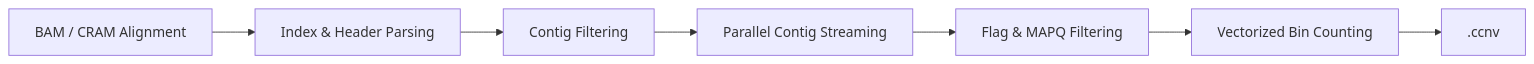
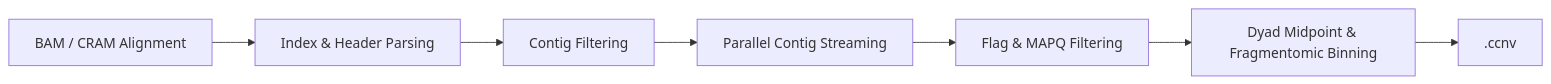
The first of 3 diagrams in docs/cli.md (matthdsm/ccnv), drawn with Mermaid before and after one commit. The commit also changed other lines of this file and 67 other files, not shown here.

````diff
--- a/docs/cli.md
+++ b/docs/cli.md
@@ -32,9 +32,9 @@
 ```mermaid
 flowchart LR
     A["BAM / CRAM Alignment"] --> B["Index & Header Parsing"]
     B --> C["Contig Filtering"]
     C --> D["Parallel Contig Streaming"]
     D --> E["Flag & MAPQ Filtering"]
-    E --> F["Vectorized Bin Counting"]
+    E --> F["Dyad Midpoint & Fragmentomic Binning"]
     F --> G["<prefix>.ccnv"]
 ```
````
